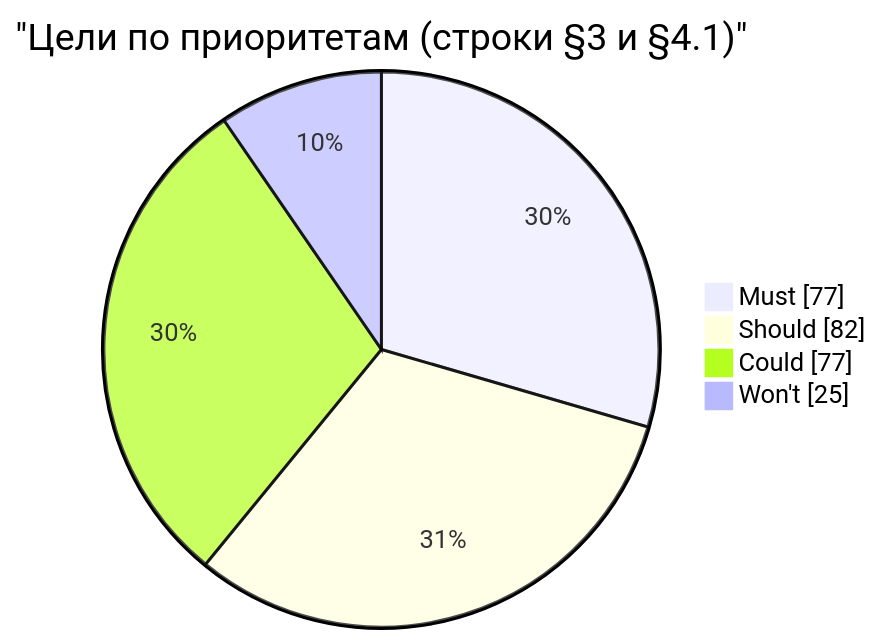
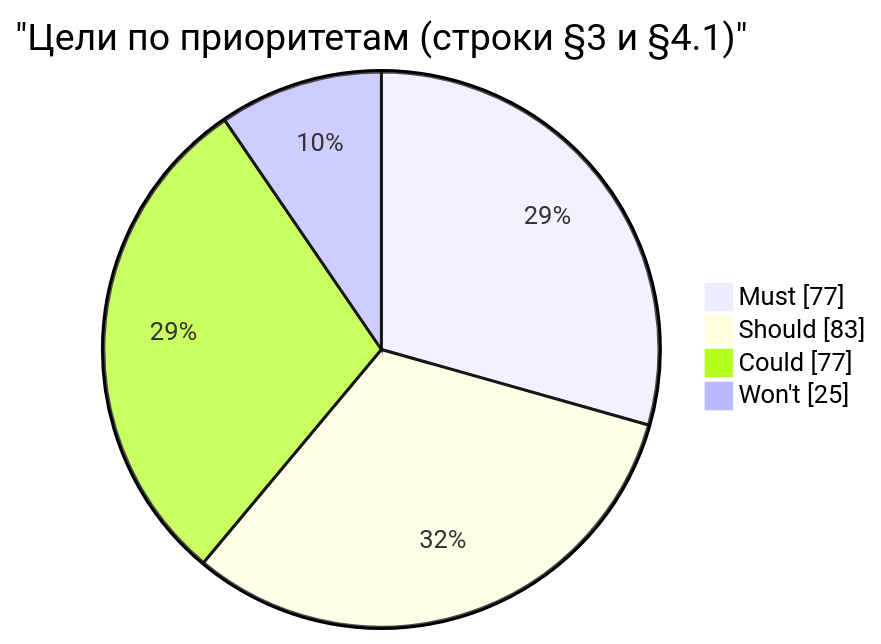
The first of 2 diagrams in docs/architecture/proposals/agent-parity-goals.md (pese-git/codelab-app), drawn with Mermaid before and after one commit. The commit also changed other lines of this file and 10 other files, not shown here.

````diff
--- a/docs/architecture/proposals/agent-parity-goals.md
+++ b/docs/architecture/proposals/agent-parity-goals.md
@@ -1116,8 +1124,8 @@
 ```mermaid
 pie showData
     title "Цели по приоритетам (строки §3 и §4.1)"
     "Must" : 77
-    "Should" : 82
+    "Should" : 83
     "Could" : 77
     "Won't" : 25
 ```
````
